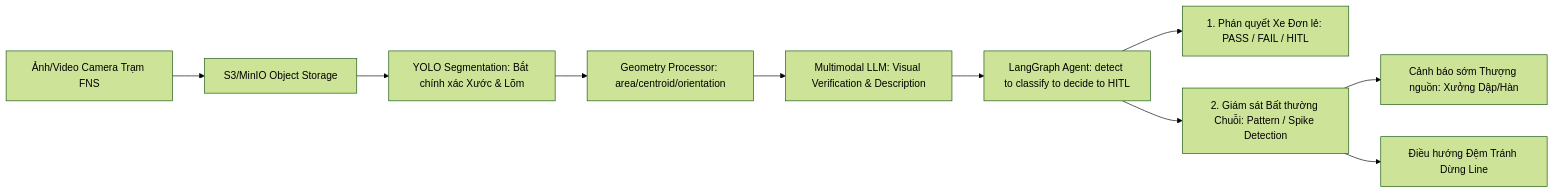
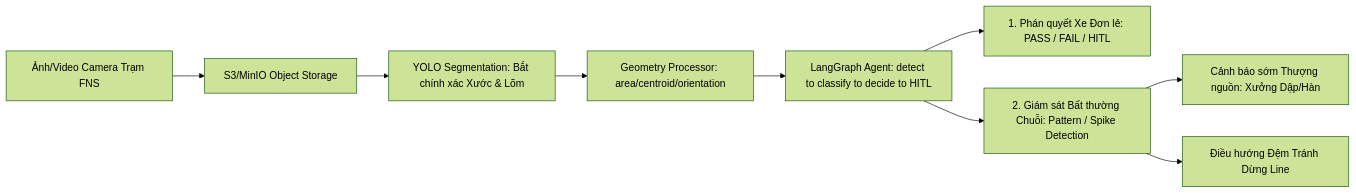
One commit to Dang2k5/surface_car changed the diagram in docs/PRD.md. Above: the diagram before and after it, drawn with Mermaid (forest theme). The commit also changed other lines of this file and 160 other files, not shown here.

````diff
--- a/docs/PRD.md
+++ b/docs/PRD.md
@@ -88,12 +86,11 @@
 ```mermaid
 graph LR
     Input[Ảnh/Video Camera Trạm FNS] --> Storage[S3/MinIO Object Storage]
     Storage --> CV[YOLO Segmentation: Bắt chính xác Xước & Lõm]
     CV --> Geo[Geometry Processor: area/centroid/orientation]
-    Geo --> MLLM[Multimodal LLM: Visual Verification & Description]
-    MLLM --> Agent[LangGraph Agent: detect to classify to decide to HITL]
+    Geo --> Agent[LangGraph Agent: detect to classify to decide to HITL]
     Agent --> SingleCar[1. Phán quyết Xe Đơn lẻ: PASS / FAIL / HITL]
     Agent --> TrendMonitor[2. Giám sát Bất thường Chuỗi: Pattern / Spike Detection]
     TrendMonitor --> EarlyWarning[Cảnh báo sớm Thượng nguồn: Xưởng Dập/Hàn]
     TrendMonitor --> FlowBalancing[Điều hướng Đệm Tránh Dừng Line]
 ```
````
